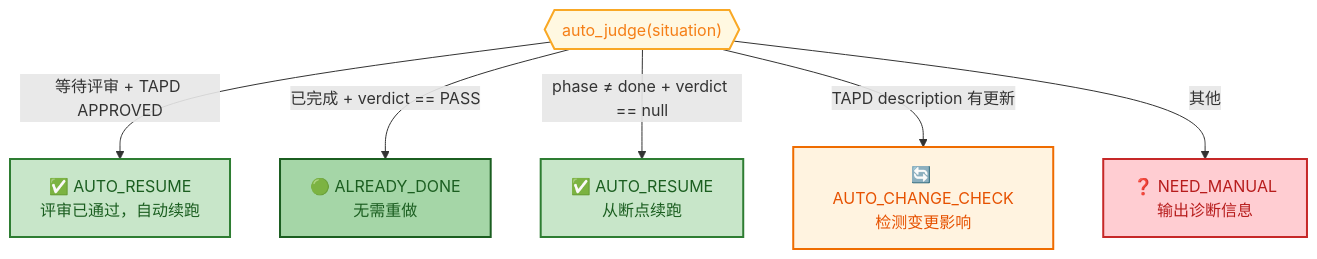
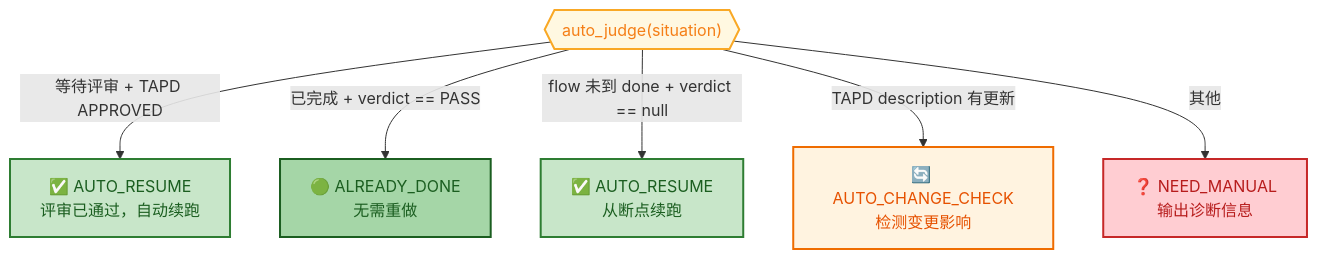
The fifth of 14 diagrams in README.md (dd-xiaozhi/dev-agent-flow), drawn with Mermaid before and after one commit. The commit also changed other lines of this file and 2 other files, not shown here.

````diff
--- a/README.md
+++ b/README.md
@@ -193,22 +199,22 @@
 ```mermaid
 flowchart TD
     J{{"auto_judge(situation)"}}
 
     J -->|"等待评审 + TAPD APPROVED"| R1["✅ AUTO_RESUME<br/>评审已通过，自动续跑"]
     J -->|"已完成 + verdict == PASS"| R2["🟢 ALREADY_DONE<br/>无需重做"]
-    J -->|"phase ≠ done + verdict == null"| R3["✅ AUTO_RESUME<br/>从断点续跑"]
+    J -->|"flow 未到 done + verdict == null"| R3["✅ AUTO_RESUME<br/>从断点续跑"]
     J -->|"TAPD description 有更新"| R4["🔄 AUTO_CHANGE_CHECK<br/>检测变更影响"]
     J -->|"其他"| R5["❓ NEED_MANUAL<br/>输出诊断信息"]
 
     classDef decision fill:#fff8e1,stroke:#f9a825,stroke-width:2px,color:#f57f17
     classDef resume fill:#c8e6c9,stroke:#2e7d32,stroke-width:2px,color:#1b5e20
     classDef done fill:#a5d6a7,stroke:#1b5e20,stroke-width:2px,color:#1b5e20
     classDef change fill:#fff3e0,stroke:#ef6c00,stroke-width:2px,color:#e65100
     classDef manual fill:#ffcdd2,stroke:#c62828,stroke-width:2px,color:#b71c1c
 
     class J decision
     class R1,R3 resume
     class R2 done
     class R4 change
     class R5 manual
 ```
````
